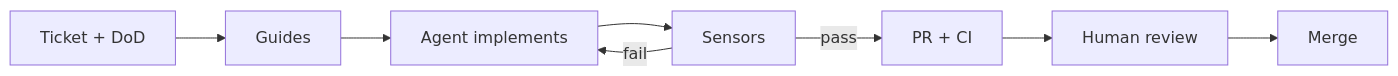
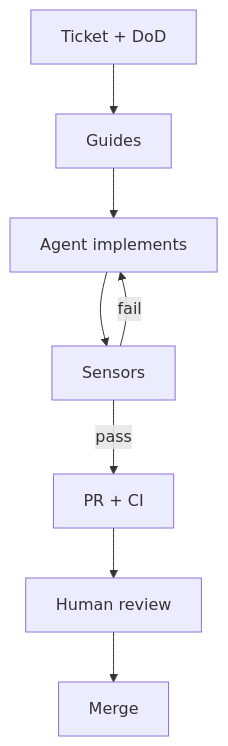
One commit to LucaNerlich/lucanerlich.com changed the first of 2 diagrams in blog/2026-09-30-agentic-coding-quality-harness.md. Above: the diagram before and after it, drawn with Mermaid. The commit also changed other lines of this file, not shown here.

````diff
--- a/blog/2026-09-30-agentic-coding-quality-harness.md
+++ b/blog/2026-09-30-agentic-coding-quality-harness.md
@@ -61,10 +62,10 @@
 ```mermaid
-flowchart LR
+flowchart TB
     ticket["Ticket + DoD"] --> guides["Guides"]
     guides --> agent["Agent implements"]
     agent --> sensors["Sensors"]
     sensors -->|fail| agent
     sensors -->|pass| pr["PR + CI"]
     pr --> human["Human review"]
     human --> merge["Merge"]
 ```
````
